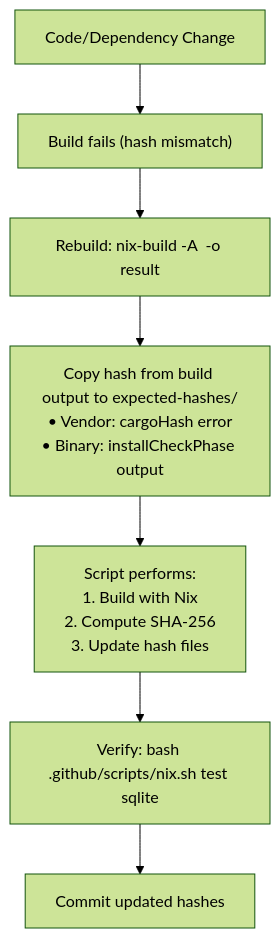
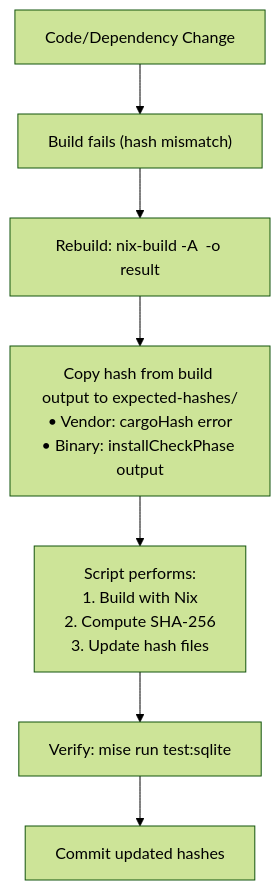
One commit to Cosmian/kms changed the fifth of 11 diagrams in nix/README.md. Above: the diagram before and after it, drawn with Mermaid (forest theme). The commit also changed other lines of this file and 37 other files, not shown here.

````diff
--- a/nix/README.md
+++ b/nix/README.md
@@ -354,11 +354,11 @@
 ```mermaid
 flowchart TB
     change["Code/Dependency Change"]
     fail["Build fails (hash mismatch)"]
     rebuild["Rebuild: nix-build -A <target> -o result"]
     copy["Copy hash from build output to expected-hashes/<br/>• Vendor: cargoHash error<br/>• Binary: installCheckPhase output"]
     script["Script performs:<br/>1. Build with Nix<br/>2. Compute SHA-256<br/>3. Update hash files"]
-    verify["Verify: bash .github/scripts/nix.sh test sqlite"]
+    verify["Verify: mise run test:sqlite"]
     commit["Commit updated hashes"]
     change --> fail --> rebuild --> copy --> script --> verify --> commit
 ```
````
